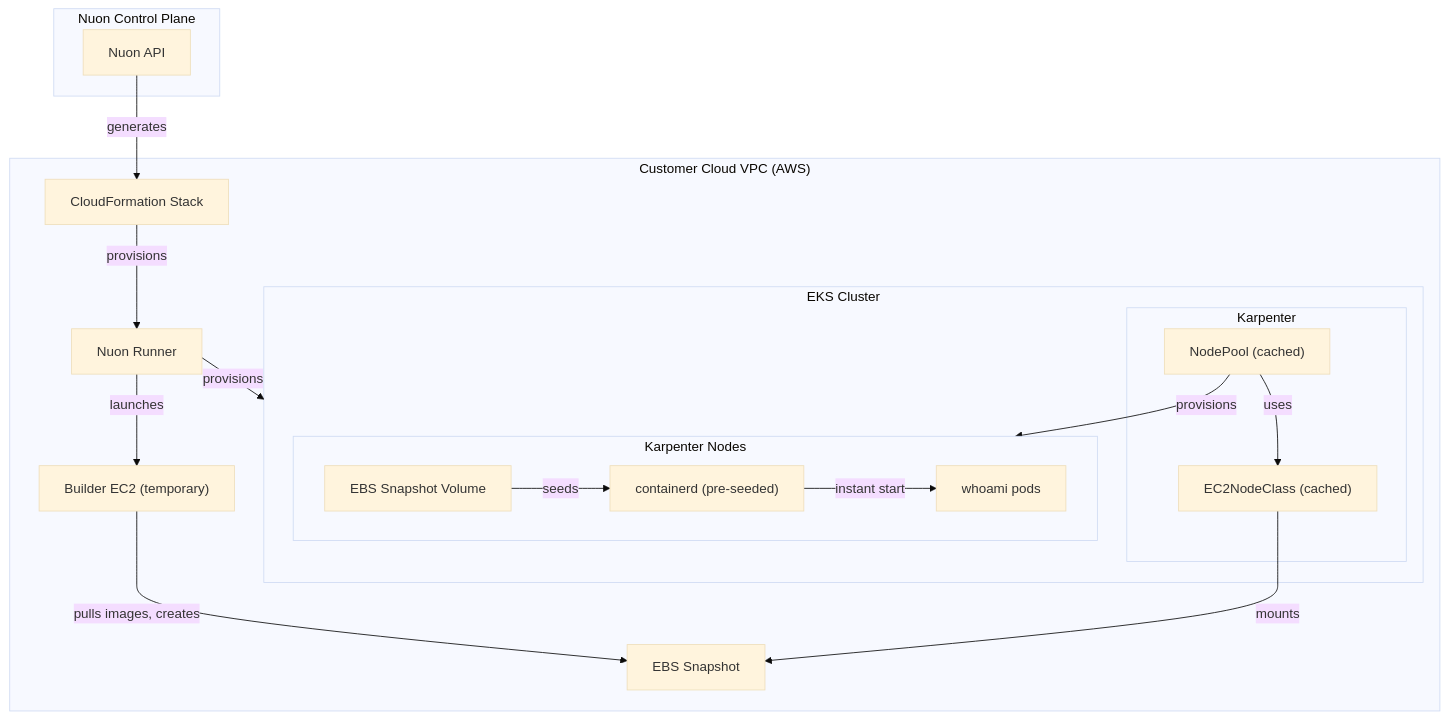
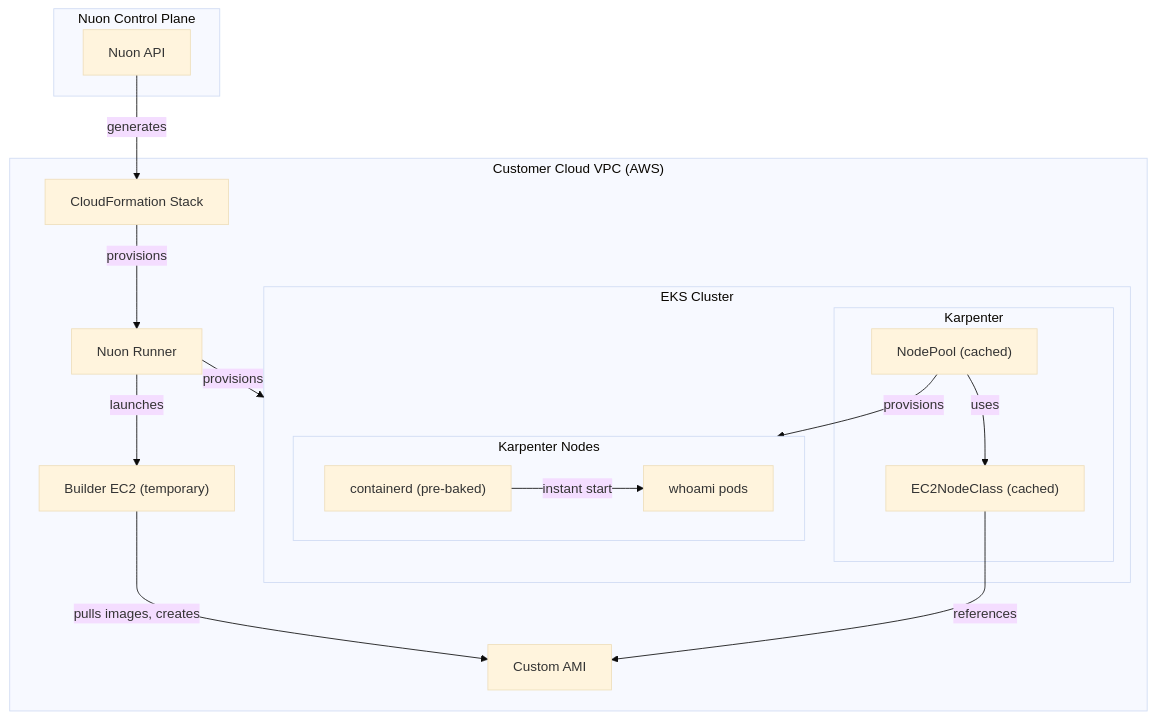
Before and after one commit to nuonco/example-app-configs: the diagram in eks-karpenter-image-cache/README.md, drawn with Mermaid (base theme). The commit also changed other lines of this file and 2 other files, not shown here.

````diff
--- a/eks-karpenter-image-cache/README.md
+++ b/eks-karpenter-image-cache/README.md
@@ -22,41 +22,39 @@
 ```mermaid
 
   graph TD
 
       subgraph Nuon["Nuon Control Plane"]
           NuonAPI["Nuon API"]
       end
 
       subgraph VPC["Customer Cloud VPC (AWS)"]
           Runner["Nuon Runner"]
           Stack["CloudFormation Stack"]
 
           subgraph EKS["EKS Cluster"]
               subgraph Karpenter["Karpenter"]
                   EC2NodeClass["EC2NodeClass (cached)"]
                   NodePool["NodePool (cached)"]
               end
 
               subgraph CachedNodes["Karpenter Nodes"]
-                  EBSSnapshot["EBS Snapshot Volume"]
-                  Containerd["containerd (pre-seeded)"]
+                  Containerd["containerd (pre-baked)"]
                   Workload["whoami pods"]
               end
           end
 
           Builder["Builder EC2 (temporary)"]
-          Snapshot["EBS Snapshot"]
+          AMI["Custom AMI"]
       end
 
       NuonAPI -->|generates| Stack
       Stack -->|provisions| Runner
       Runner -->|provisions| EKS
       Runner -->|launches| Builder
-      Builder -->|pulls images, creates| Snapshot
-      EC2NodeClass -->|mounts| Snapshot
+      Builder -->|pulls images, creates| AMI
+      EC2NodeClass -->|references| AMI
       NodePool -->|uses| EC2NodeClass
       NodePool -->|provisions| CachedNodes
-      EBSSnapshot -->|seeds| Containerd
       Containerd -->|instant start| Workload
 
 ```
````
